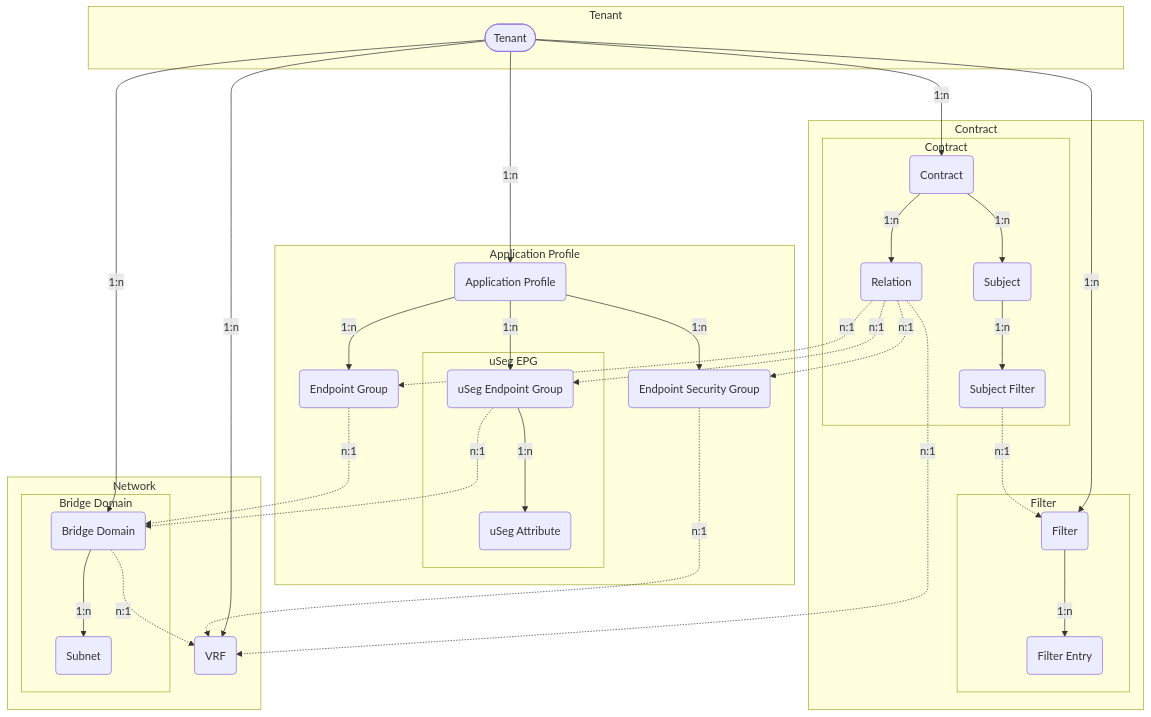
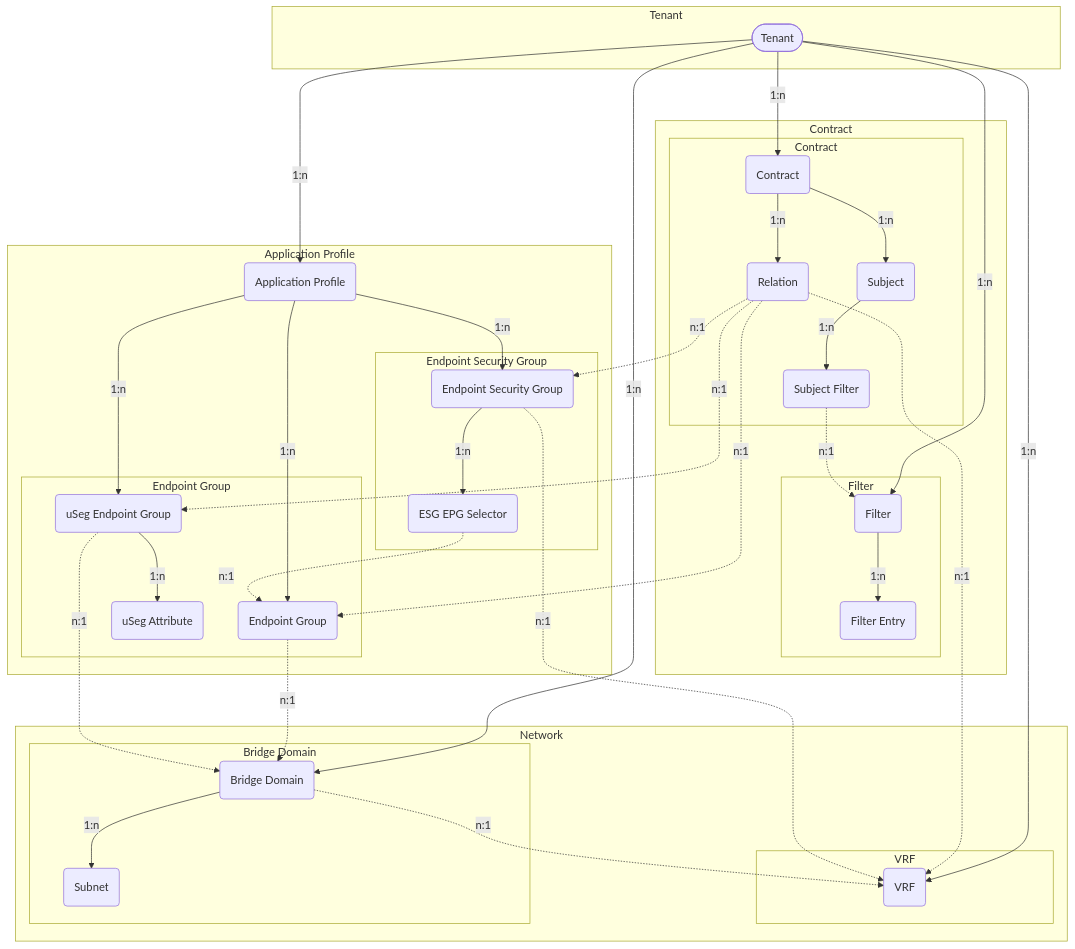
The diagram in docs/features/tenants.md (pheus/netbox-aci-plugin), drawn with Mermaid before and after one commit. The commit also changed other lines of this file, not shown here.

First line of the commit message:
docs(esgs): Add ESG EPG Selector documentation

````diff
--- a/docs/features/tenants.md
+++ b/docs/features/tenants.md
@@ -6,58 +6,69 @@
 ```mermaid
 flowchart TD
     TN([Tenant])
     AP(Application Profile)
     EPG(Endpoint Group)
     USEGEPG(uSeg Endpoint Group)
     USEGATTR(uSeg Attribute)
     ESG(Endpoint Security Group)
+    ESGEPGSEL(ESG EPG Selector)
     VRF(VRF)
     BD(Bridge Domain)
     SN(Subnet)
     CT(Contract)
     CTR(Relation)
     SJ(Subject)
     SJF(Subject Filter)
     FT(Filter)
     FTE(Filter Entry)
     subgraph graphTN [Tenant]
         TN
     end
     subgraph graphAP [Application Profile]
+        AP
         TN -->|1:n| AP
         AP -->|1:n| EPG
         AP -->|1:n| USEGEPG
-        subgraph graphUSEG [uSeg EPG]
+        subgraph graphEPG [Endpoint Group]
+            EPG
             USEGEPG -->|1:n| USEGATTR
         end
         AP -->|1:n| ESG
+        subgraph graphESG [Endpoint Security Group]
+            ESG
+            ESG -->|1:n| ESGEPGSEL
+        end
     end
     subgraph graphNW [Network]
+        TN -->|1:n| VRF
+        subgraph graphVRF [VRF]
+            VRF
+        end
+        BD -.->|n:1| VRF
         subgraph graphBD [Bridge Domain]
             TN -->|1:n| BD
             BD -->|1:n| SN
         end
-        BD -.->|n:1| VRF
-        TN -->|1:n| VRF
     end
     subgraph graphCT [Contract]
         subgraph graphCTS [Contract]
             TN -->|1:n| CT
             CT -->|1:n| SJ
             CT -->|1:n| CTR
             SJ -->|1:n| SJF
         end
         subgraph graphFT [Filter]
             TN -->|1:n| FT
             FT -->|1:n| FTE
         end
         SJF -.->|n:1| FT
         CTR -.->|n:1| EPG
         CTR -.->|n:1| USEGEPG
         CTR -.->|n:1| ESG
         CTR -.->|n:1| VRF
     end
     EPG -.->|n:1| BD
     USEGEPG -.->|n:1| BD
     ESG -.->|n:1| VRF
+    ESGEPGSEL -.->|n:1| EPG
 ```
````
